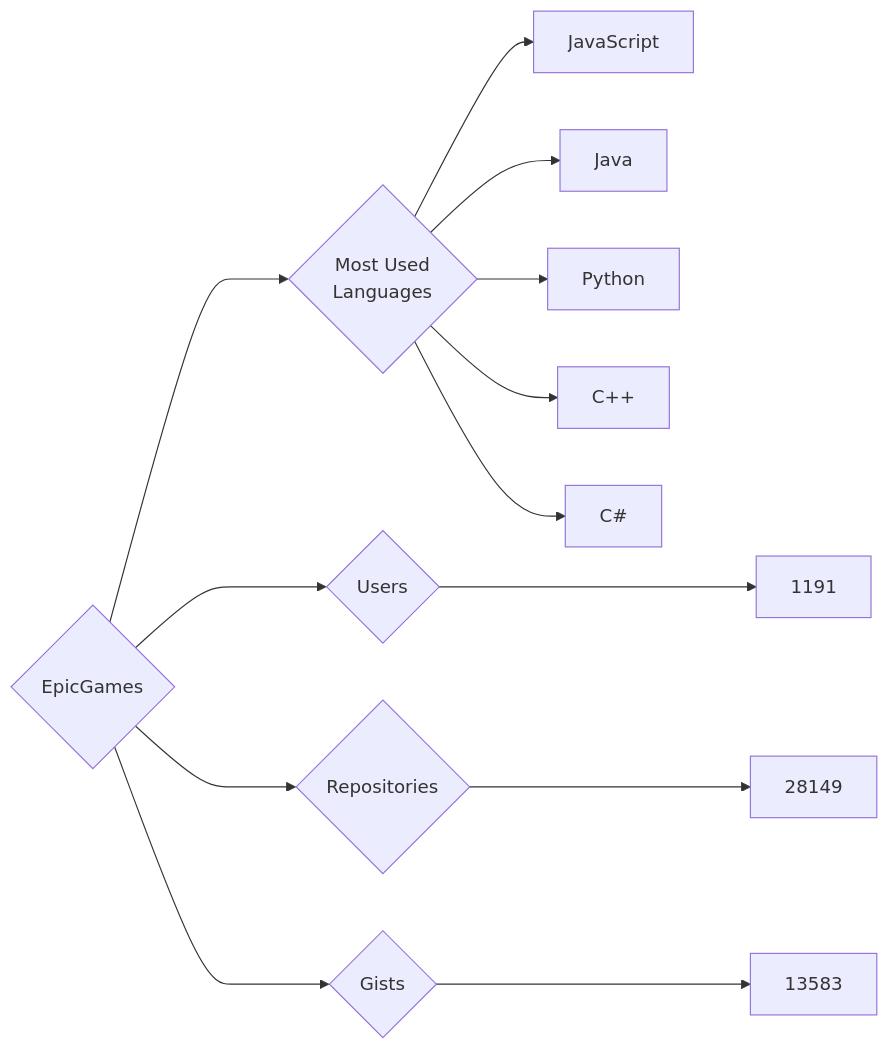
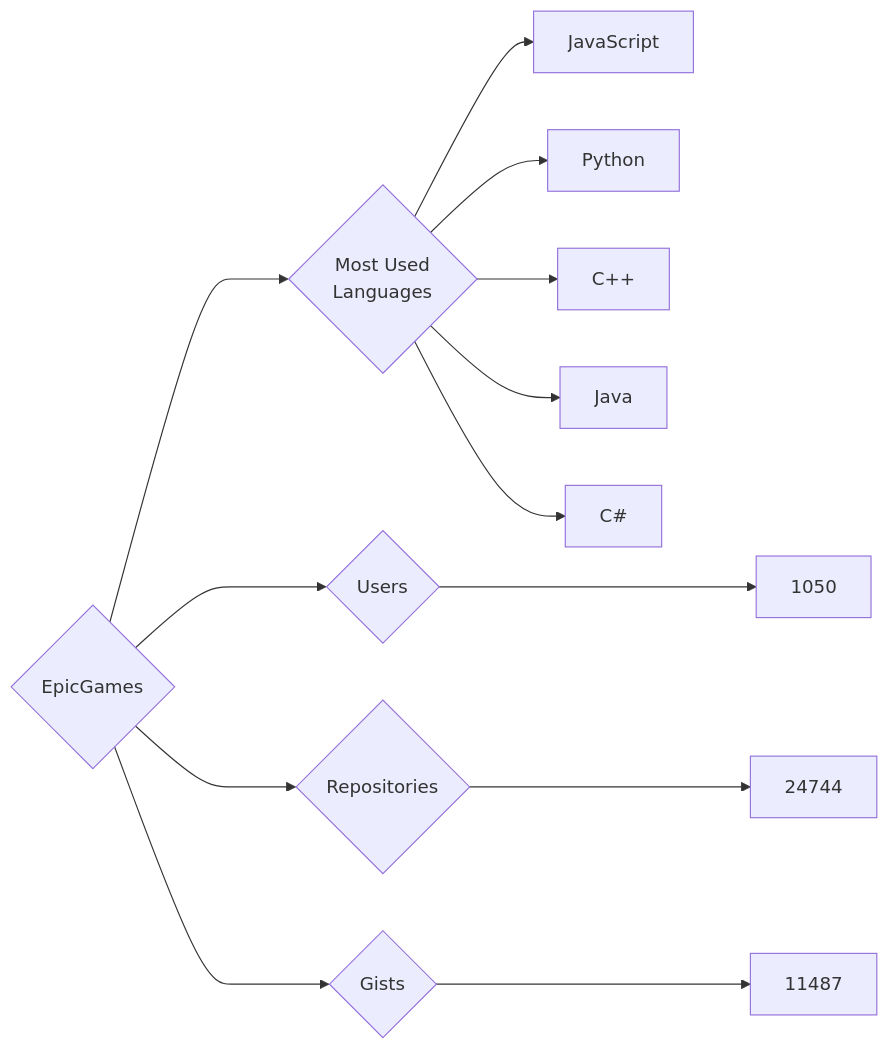
Before and after one commit to trickest/insiders: the diagram in targets/EpicGames/README.md, drawn with Mermaid. The commit also changed 1314 other files, not shown here.

````diff
--- a/targets/EpicGames/README.md
+++ b/targets/EpicGames/README.md
@@ -3,13 +3,13 @@
 ```mermaid
 graph LR
 COMPANY_NAME{EpicGames}
-COMPANY_NAME ---> U{Users} ---> UN[1191]
-COMPANY_NAME ---> R{Repositories} ---> RN[28149]
-COMPANY_NAME ---> G{Gists} ---> GN[13583]
+COMPANY_NAME ---> U{Users} ---> UN[1050]
+COMPANY_NAME ---> R{Repositories} ---> RN[24744]
+COMPANY_NAME ---> G{Gists} ---> GN[11487]
 COMPANY_NAME ---> ML{Most Used<br>Languages}
 ML --> JavaScript[JavaScript]
-ML --> Java[Java]
 ML --> Python[Python]
 ML --> C++[C++]
+ML --> Java[Java]
 ML --> C#[C#]
 ```
````
